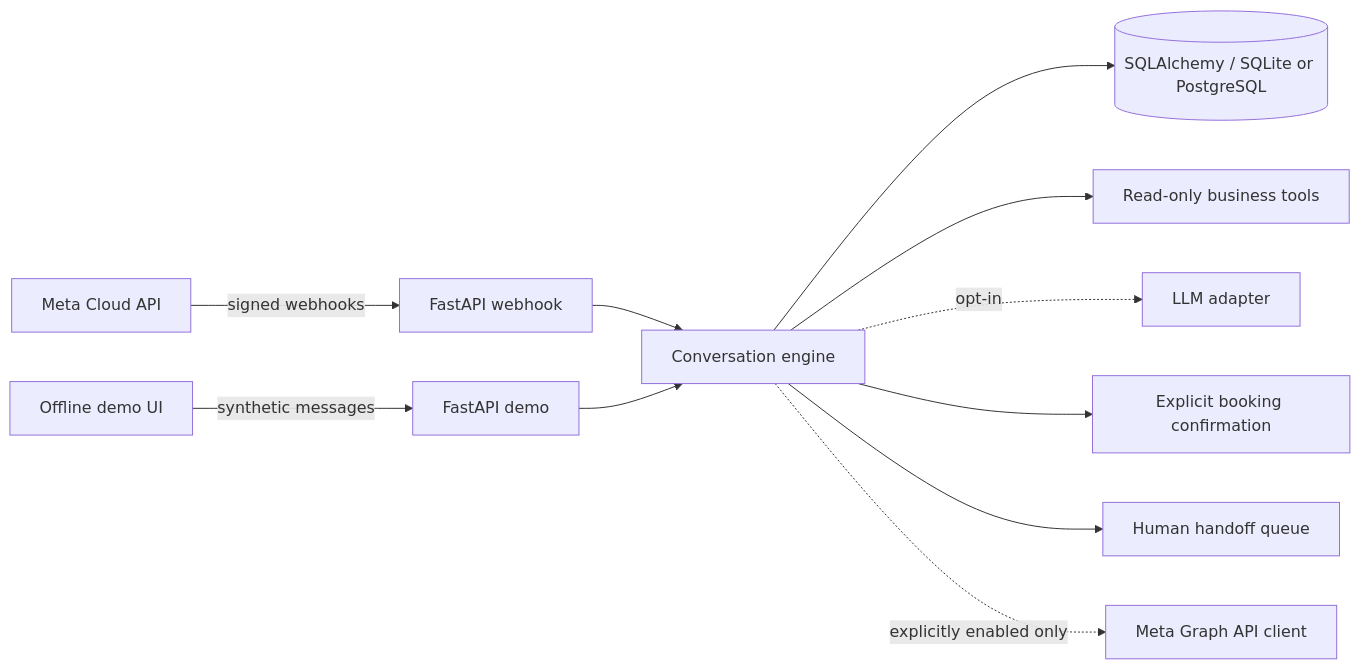
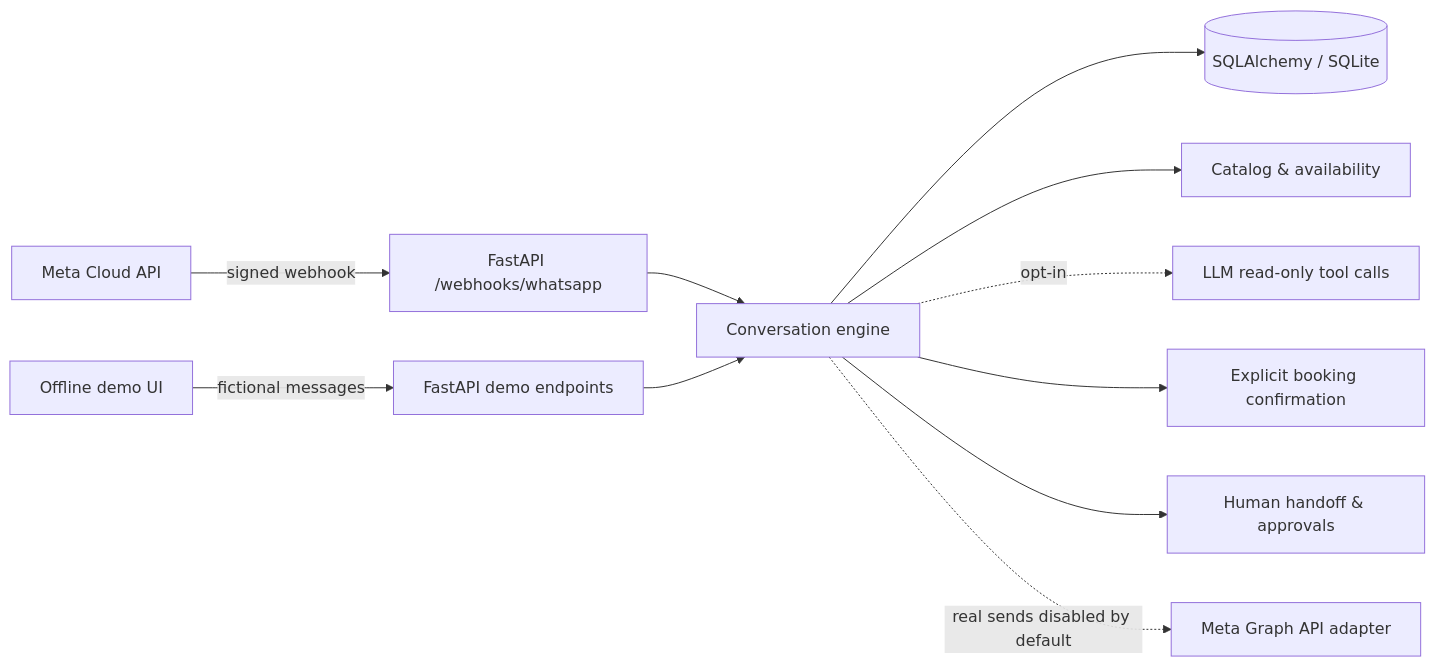
The diagram in README.md (RamonRDR/whatsapp-ai-agent), drawn with Mermaid before and after one commit. The commit also changed other lines of this file and 2 other files, not shown here.

````diff
--- a/README.md
+++ b/README.md
@@ -26,13 +56,13 @@
 ```mermaid
 flowchart LR
-  WA[Meta Cloud API] -->|signed webhooks| WH[FastAPI webhook]
-  UI[Offline demo UI] -->|synthetic messages| API[FastAPI demo]
-  WH --> AG[Conversation engine]
-  API --> AG
-  AG --> DB[(SQLAlchemy / SQLite or PostgreSQL)]
-  AG --> TOOLS[Read-only business tools]
-  AG -. opt-in .-> LLM[LLM adapter]
-  AG --> APPROVE[Explicit booking confirmation]
-  AG --> HANDOFF[Human handoff queue]
-  AG -. explicitly enabled only .-> META[Meta Graph API client]
+  W[Meta Cloud API] -->|signed webhook| H[FastAPI /webhooks/whatsapp]
+  D[Offline demo UI] -->|fictional messages| A[FastAPI demo endpoints]
+  H --> E[Conversation engine]
+  A --> E
+  E --> DB[(SQLAlchemy / SQLite)]
+  E --> C[Catalog & availability]
+  E -. opt-in .-> L[LLM read-only tool calls]
+  E --> B[Explicit booking confirmation]
+  E --> Q[Human handoff & approvals]
+  E -. real sends disabled by default .-> M[Meta Graph API adapter]
 ```
````
